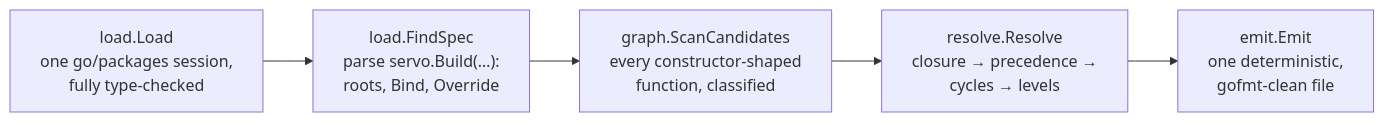
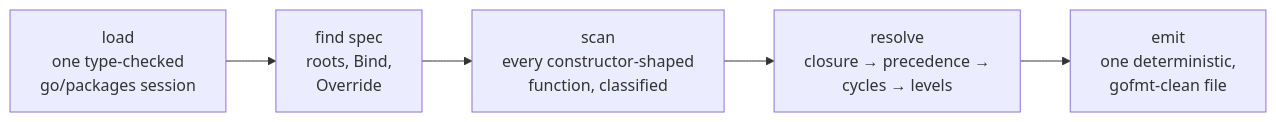
Before and after one commit to okian/servo: the first of 2 diagrams in docs/index.md, drawn with Mermaid. The commit also changed other lines of this file and 8 other files, not shown here.

````diff
--- a/docs/index.md
+++ b/docs/index.md
@@ -6,10 +7,10 @@
 ```mermaid
 flowchart LR
-    L["load.Load<br/>one go/packages session,<br/>fully type-checked"]
-    F["load.FindSpec<br/>parse servo.Build(…):<br/>roots, Bind, Override"]
-    S["graph.ScanCandidates<br/>every constructor-shaped<br/>function, classified"]
-    R["resolve.Resolve<br/>closure → precedence →<br/>cycles → levels"]
-    E["emit.Emit<br/>one deterministic,<br/>gofmt-clean file"]
+    L["load<br/>one type-checked<br/>go/packages session"]
+    F["find spec<br/>roots, Bind,<br/>Override"]
+    S["scan<br/>every constructor-shaped<br/>function, classified"]
+    R["resolve<br/>closure → precedence →<br/>cycles → levels"]
+    E["emit<br/>one deterministic,<br/>gofmt-clean file"]
 
     L --> F --> S --> R --> E
 ```
````
